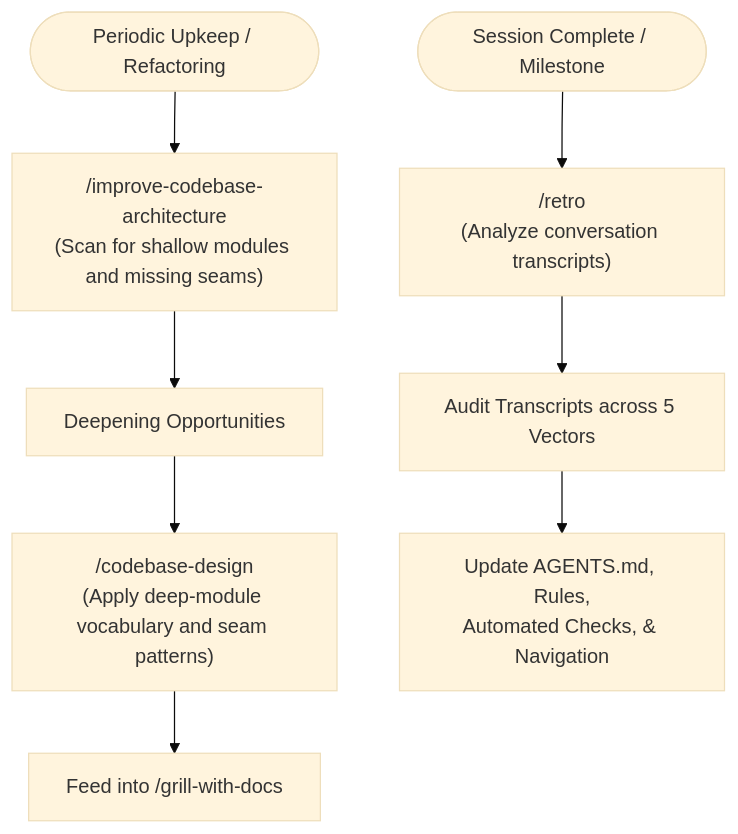
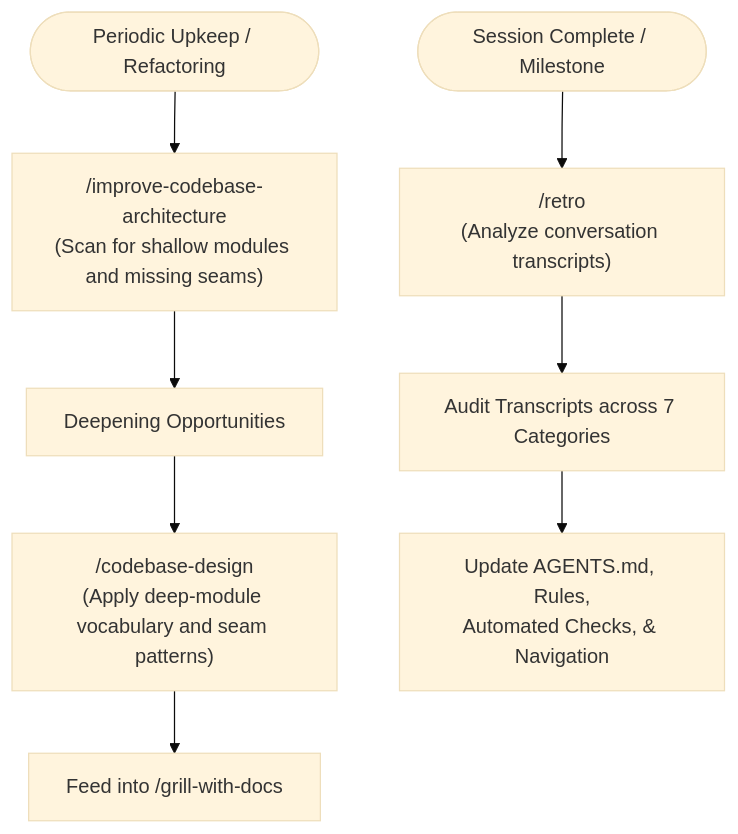
One commit to fderuiter/agy-skills changed the third of 5 diagrams in wiki/Skill-Flow-Diagram.md. Above: the diagram before and after it, drawn with Mermaid (base theme). The commit also changed other lines of this file and 13 other files, not shown here.

````diff
--- a/wiki/Skill-Flow-Diagram.md
+++ b/wiki/Skill-Flow-Diagram.md
@@ -91,11 +91,11 @@
 ```mermaid
 flowchart TD
     TriggerArch(["Periodic Upkeep / Refactoring"]) --> ImproveArch["/improve-codebase-architecture\n(Scan for shallow modules and missing seams)"]
     ImproveArch --> Candidates["Deepening Opportunities"]
     Candidates --> CodebaseDesign["/codebase-design\n(Apply deep-module vocabulary and seam patterns)"]
     CodebaseDesign --> MainFlow["Feed into /grill-with-docs"]
 
     TriggerRetro(["Session Complete / Milestone"]) --> Retro["/retro\n(Analyze conversation transcripts)"]
-    Retro --> AuditResults["Audit Transcripts across 5 Vectors"]
+    Retro --> AuditResults["Audit Transcripts across 7 Categories"]
     AuditResults --> EnvUpdates["Update AGENTS.md, Rules,\nAutomated Checks, & Navigation"]
 ```
````
